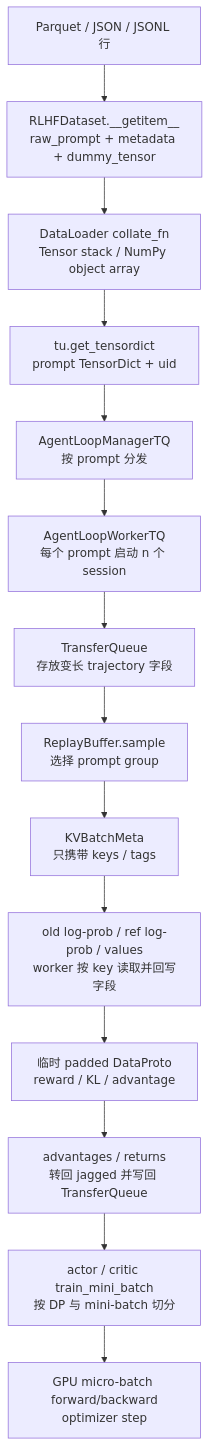
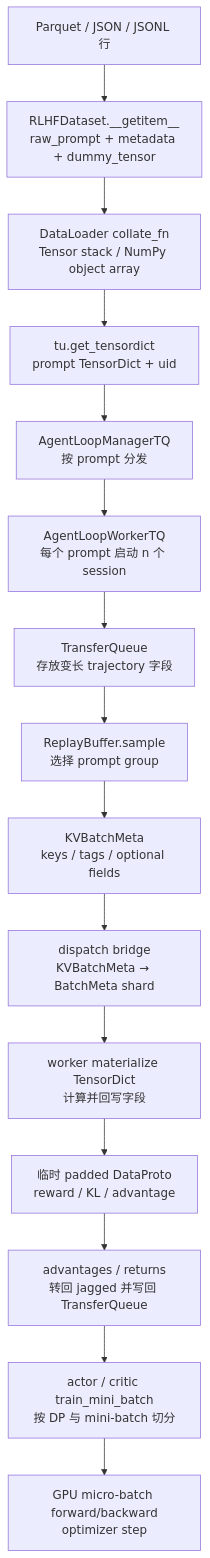
One commit to BiboyQG/learn-verl changed the diagram in docs-site/content/04_data_and_protocols.md. Above: the diagram before and after it, drawn with Mermaid. The commit also changed other lines of this file and 16 other files, not shown here.

````diff
--- a/docs-site/content/04_data_and_protocols.md
+++ b/docs-site/content/04_data_and_protocols.md
@@ -255,16 +260,17 @@
 ```mermaid
 flowchart TD
     A["Parquet / JSON / JSONL 行"] --> B["RLHFDataset.__getitem__<br/>raw_prompt + metadata + dummy_tensor"]
     B --> C["DataLoader collate_fn<br/>Tensor stack / NumPy object array"]
     C --> D["tu.get_tensordict<br/>prompt TensorDict + uid"]
     D --> E["AgentLoopManagerTQ<br/>按 prompt 分发"]
     E --> F["AgentLoopWorkerTQ<br/>每个 prompt 启动 n 个 session"]
     F --> G["TransferQueue<br/>存放变长 trajectory 字段"]
     G --> H["ReplayBuffer.sample<br/>选择 prompt group"]
-    H --> I["KVBatchMeta<br/>只携带 keys / tags"]
-    I --> J["old log-prob / ref log-prob / values<br/>worker 按 key 读取并回写字段"]
+    H --> I["KVBatchMeta<br/>keys / tags / optional fields"]
+    I --> BM["dispatch bridge<br/>KVBatchMeta → BatchMeta shard"]
+    BM --> J["worker materialize TensorDict<br/>计算并回写字段"]
     J --> K["临时 padded DataProto<br/>reward / KL / advantage"]
     K --> L["advantages / returns<br/>转回 jagged 并写回 TransferQueue"]
     L --> M["actor / critic train_mini_batch<br/>按 DP 与 mini-batch 切分"]
     M --> N["GPU micro-batch forward/backward<br/>optimizer step"]
 ```
````
